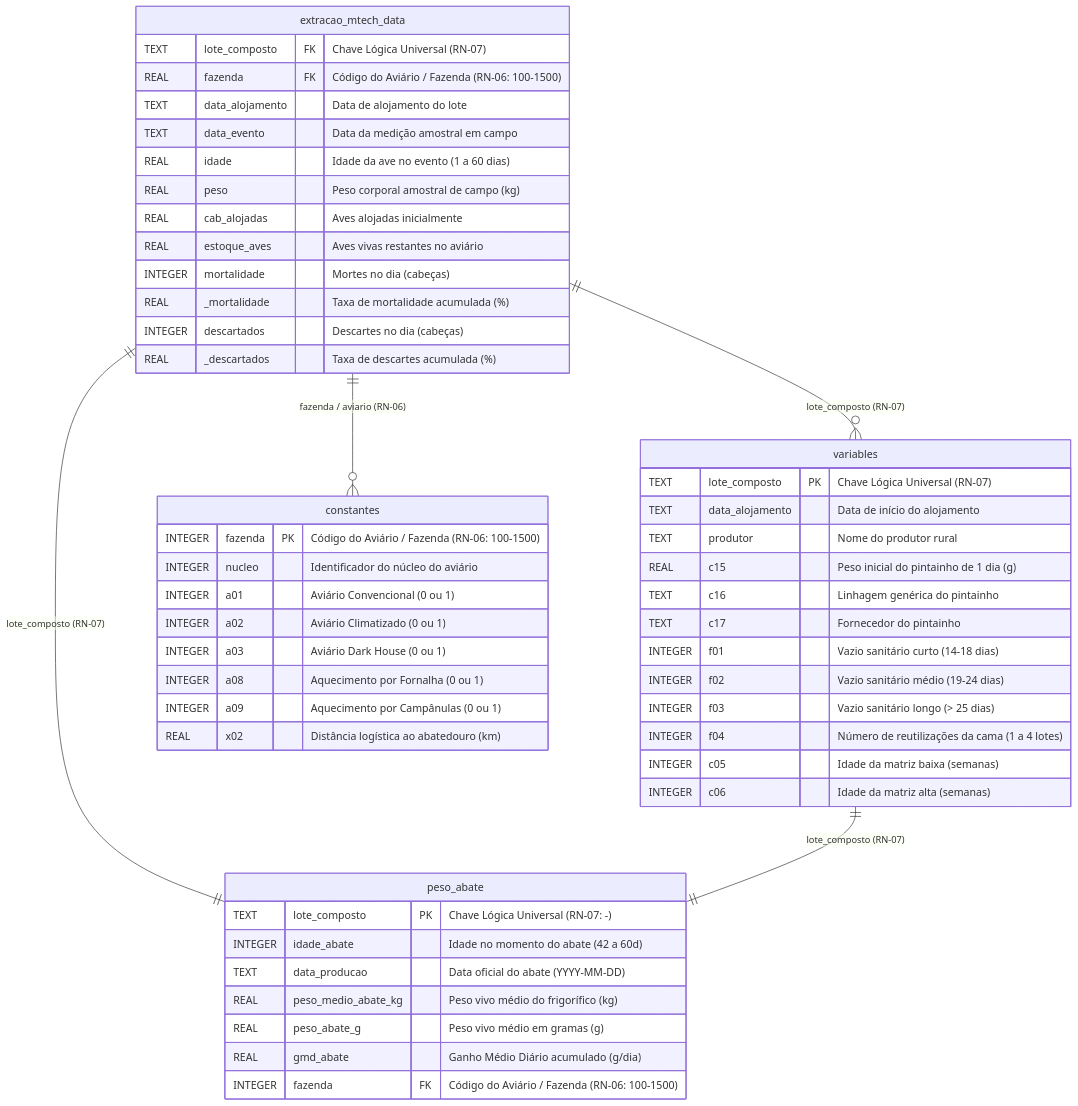
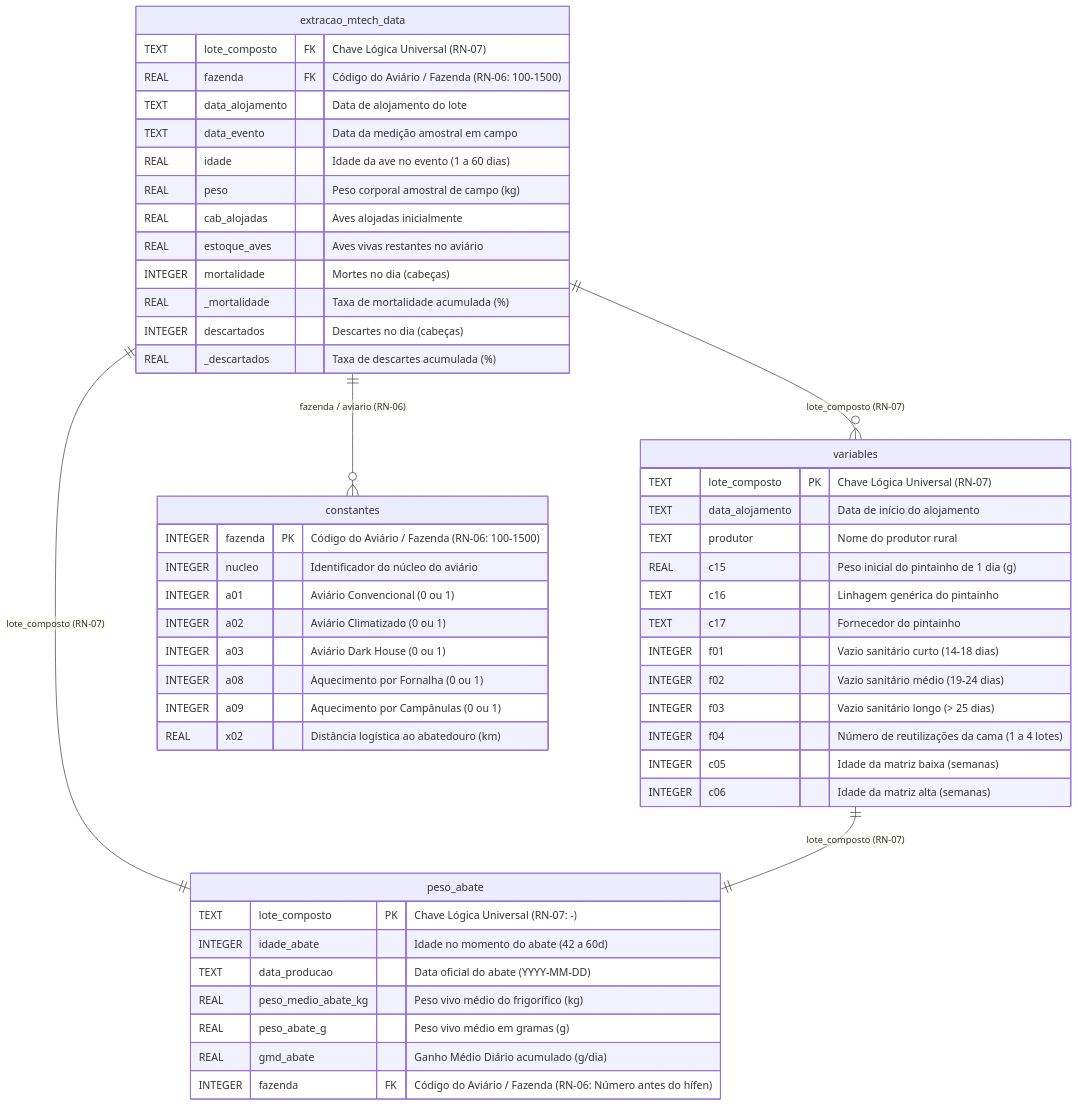
Before and after one commit to brunocorisco86/predicao_peso_mortalidade: the diagram in docs/modelo_entidade_relacionamento.md, drawn with Mermaid. The commit also changed other lines of this file and 1 other file, not shown here.

Commit message:
docs: atualiza RN-06 especificando que aviário/fazenda é a porção numérica antes do hífen em LoteComposto

````diff
--- a/docs/modelo_entidade_relacionamento.md
+++ b/docs/modelo_entidade_relacionamento.md
@@ -18,58 +18,58 @@
 ```mermaid
 erDiagram
     extracao_mtech_data ||--o{ variables : "lote_composto (RN-07)"
     extracao_mtech_data ||--o{ constantes : "fazenda / aviario (RN-06)"
     extracao_mtech_data ||--|| peso_abate : "lote_composto (RN-07)"
     variables ||--|| peso_abate : "lote_composto (RN-07)"
 
     peso_abate {
         TEXT lote_composto PK "Chave Lógica Universal (RN-07: <aviario>-<lote>)"
         INTEGER idade_abate "Idade no momento do abate (42 a 60d)"
         TEXT data_producao "Data oficial do abate (YYYY-MM-DD)"
         REAL peso_medio_abate_kg "Peso vivo médio do frigorífico (kg)"
         REAL peso_abate_g "Peso vivo médio em gramas (g)"
         REAL gmd_abate "Ganho Médio Diário acumulado (g/dia)"
-        INTEGER fazenda FK "Código do Aviário / Fazenda (RN-06: 100-1500)"
+        INTEGER fazenda FK "Código do Aviário / Fazenda (RN-06: Número antes do hífen)"
     }
 
     variables {
         TEXT lote_composto PK "Chave Lógica Universal (RN-07)"
         TEXT data_alojamento "Data de início do alojamento"
         TEXT produtor "Nome do produtor rural"
         REAL c15 "Peso inicial do pintainho de 1 dia (g)"
         TEXT c16 "Linhagem genérica do pintainho"
         TEXT c17 "Fornecedor do pintainho"
         INTEGER f01 "Vazio sanitário curto (14-18 dias)"
         INTEGER f02 "Vazio sanitário médio (19-24 dias)"
         INTEGER f03 "Vazio sanitário longo (> 25 dias)"
         INTEGER f04 "Número de reutilizações da cama (1 a 4 lotes)"
         INTEGER c05 "Idade da matriz baixa (semanas)"
         INTEGER c06 "Idade da matriz alta (semanas)"
     }
 
     constantes {
         INTEGER fazenda PK "Código do Aviário / Fazenda (RN-06: 100-1500)"
         INTEGER nucleo "Identificador do núcleo do aviário"
         INTEGER a01 "Aviário Convencional (0 ou 1)"
         INTEGER a02 "Aviário Climatizado (0 ou 1)"
         INTEGER a03 "Aviário Dark House (0 ou 1)"
         INTEGER a08 "Aquecimento por Fornalha (0 ou 1)"
         INTEGER a09 "Aquecimento por Campânulas (0 ou 1)"
         REAL x02 "Distância logística ao abatedouro (km)"
     }
 
     extracao_mtech_data {
         TEXT lote_composto FK "Chave Lógica Universal (RN-07)"
         REAL fazenda FK "Código do Aviário / Fazenda (RN-06: 100-1500)"
         TEXT data_alojamento "Data de alojamento do lote"
         TEXT data_evento "Data da medição amostral em campo"
         REAL idade "Idade da ave no evento (1 a 60 dias)"
         REAL peso "Peso corporal amostral de campo (kg)"
         REAL cab_alojadas "Aves alojadas inicialmente"
         REAL estoque_aves "Aves vivas restantes no aviário"
         INTEGER mortalidade "Mortes no dia (cabeças)"
         REAL _mortalidade "Taxa de mortalidade acumulada (%)"
         INTEGER descartados "Descartes no dia (cabeças)"
         REAL _descartados "Taxa de descartes acumulada (%)"
     }
 ```
````
